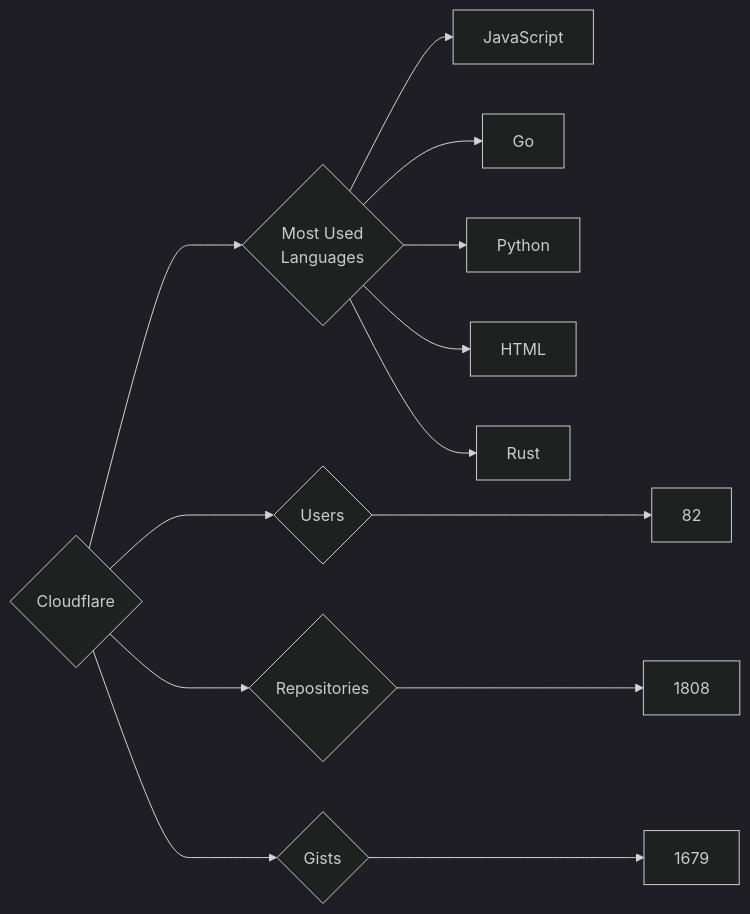
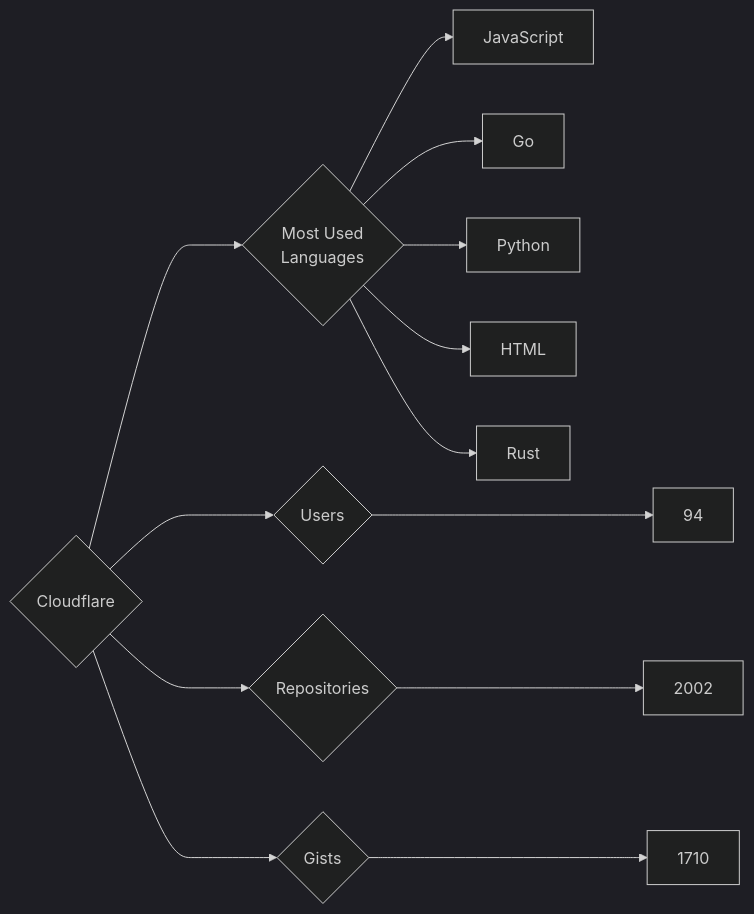
One commit to trickest/insiders changed the diagram in targets/Cloudflare/README.md. Above: the diagram before and after it, drawn with Mermaid (dark theme). The commit also changed 925 other files, not shown here.

````diff
--- a/targets/Cloudflare/README.md
+++ b/targets/Cloudflare/README.md
@@ -3,13 +3,13 @@
 ```mermaid
 graph LR
 COMPANY_NAME{Cloudflare}
-COMPANY_NAME ---> U{Users} ---> UN[82]
-COMPANY_NAME ---> R{Repositories} ---> RN[1808]
-COMPANY_NAME ---> G{Gists} ---> GN[1679]
+COMPANY_NAME ---> U{Users} ---> UN[94]
+COMPANY_NAME ---> R{Repositories} ---> RN[2002]
+COMPANY_NAME ---> G{Gists} ---> GN[1710]
 COMPANY_NAME ---> ML{Most Used<br>Languages}
 ML --> JavaScript[JavaScript]
 ML --> Go[Go]
 ML --> Python[Python]
 ML --> HTML[HTML]
 ML --> Rust[Rust]
 ```
````
